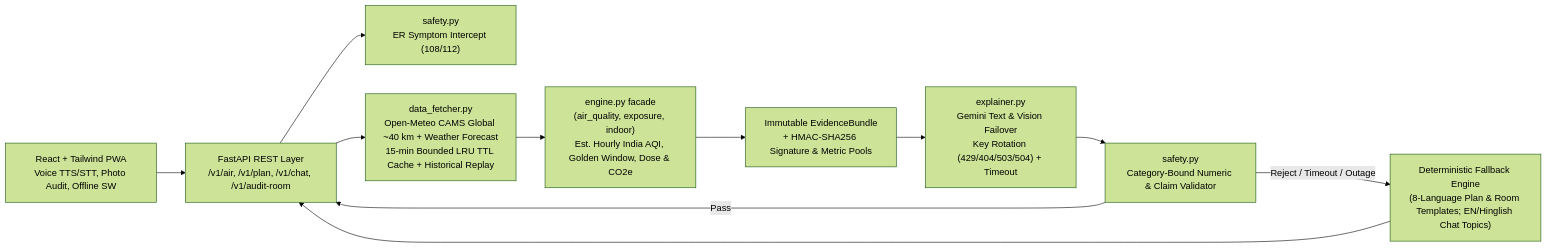
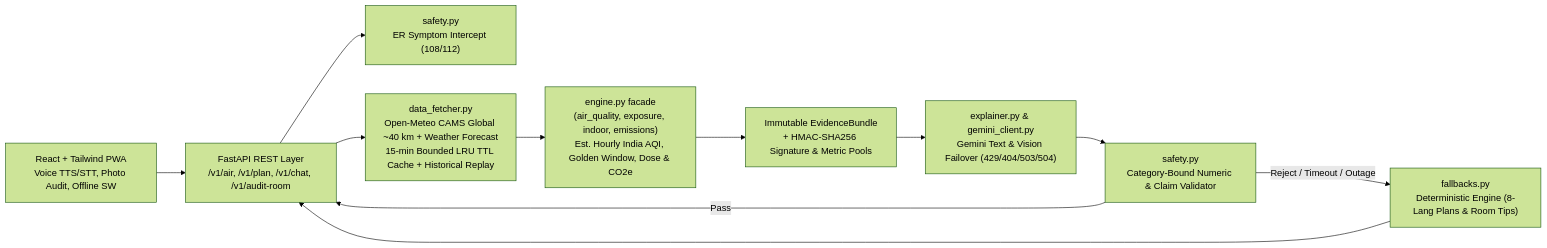
Before and after one commit to maneshdev-cloud/Challenge-06: the diagram in README.md, drawn with Mermaid (forest theme). The commit also changed other lines of this file and 48 other files, not shown here.

````diff
--- a/README.md
+++ b/README.md
@@ -25,13 +49,13 @@
 ```mermaid
 flowchart LR
     UI["React + Tailwind PWA<br/>Voice TTS/STT, Photo Audit, Offline SW"] --> API["FastAPI REST Layer<br/>/v1/air, /v1/plan, /v1/chat, /v1/audit-room"]
     API --> Triage["safety.py<br/>ER Symptom Intercept (108/112)"]
     API --> Fetch["data_fetcher.py<br/>Open-Meteo CAMS Global ~40 km + Weather Forecast<br/>15-min Bounded LRU TTL Cache + Historical Replay"]
-    Fetch --> Eng["engine.py facade<br/>(air_quality, exposure, indoor)<br/>Est. Hourly India AQI, Golden Window, Dose &amp; CO2e"]
+    Fetch --> Eng["engine.py facade<br/>(air_quality, exposure, indoor, emissions)<br/>Est. Hourly India AQI, Golden Window, Dose &amp; CO2e"]
     Eng --> Bundle["Immutable EvidenceBundle<br/>+ HMAC-SHA256 Signature &amp; Metric Pools"]
-    Bundle --> LLM["explainer.py<br/>Gemini Text &amp; Vision Failover<br/>Key Rotation (429/404/503/504) + Timeout"]
+    Bundle --> LLM["explainer.py &amp; gemini_client.py<br/>Gemini Text &amp; Vision Failover (429/404/503/504)"]
     LLM --> Val["safety.py<br/>Category-Bound Numeric &amp; Claim Validator"]
     Val -- "Pass" --> API
-    Val -- "Reject / Timeout / Outage" --> Offline["Deterministic Fallback Engine<br/>(8-Language Plan &amp; Room Templates; EN/Hinglish Chat Topics)"]
+    Val -- "Reject / Timeout / Outage" --> Offline["fallbacks.py<br/>Deterministic Engine (8-Lang Plans &amp; Room Tips)"]
     Offline --> API
 ```
````
